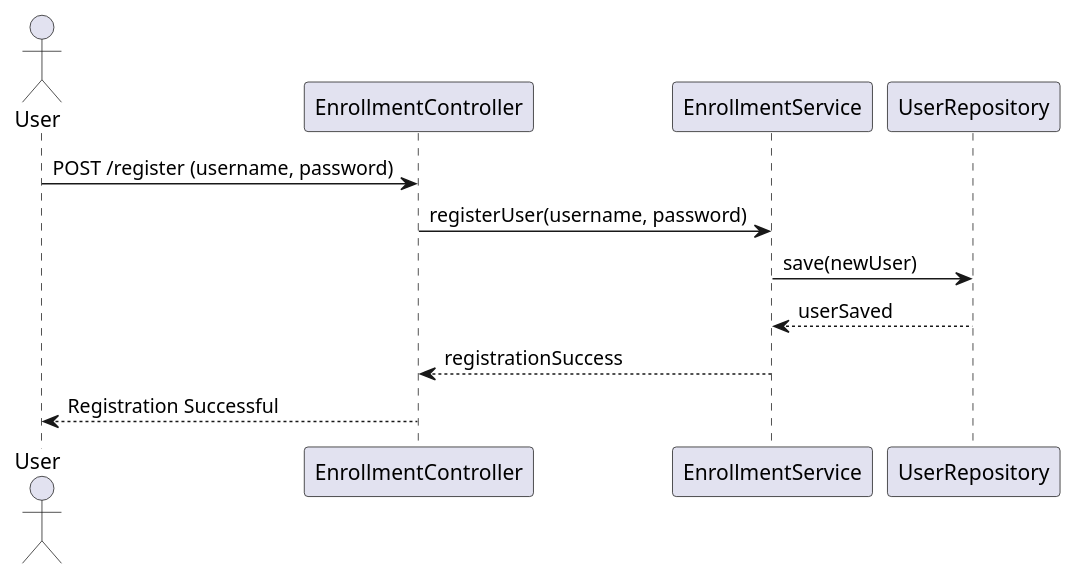
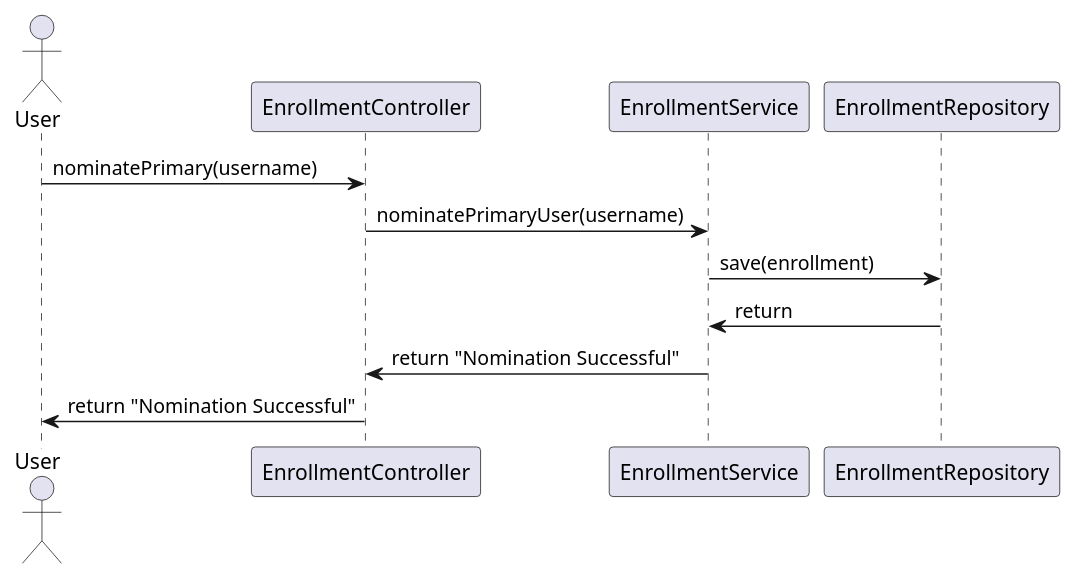
Before and after one commit to Dinesh-s95/AutoDoc.ai: the first of 4 diagrams in enrollment/documentation/detaileddesign.adoc, drawn with PlantUML. The commit also changed other lines of this file and 4 other files, not shown here.

```diff
--- a/enrollment/documentation/detaileddesign.adoc
+++ b/enrollment/documentation/detaileddesign.adoc
@@ -189,12 +195,16 @@
-[plantuml, user-registration-flow, png]
+[plantuml, user-registration-sequence, png]
 ----
 @startuml
-actor User
-User -> EnrollmentController: POST /register (username, password)
-EnrollmentController -> EnrollmentService: registerUser(username, password)
-EnrollmentService -> UserRepository: save(newUser)
-UserRepository --> EnrollmentService: userSaved
-EnrollmentService --> EnrollmentController: registrationSuccess
-EnrollmentController --> User: Registration Successful
+actor "User" as user
+participant "EnrollmentController" as controller
+participant "EnrollmentService" as service
+participant "EnrollmentRepository" as repo
+
+user -> controller : nominatePrimary(username)
+controller -> service : nominatePrimaryUser(username)
+service -> repo : save(enrollment)
+repo -> service : return
+service -> controller : return "Nomination Successful"
+controller -> user : return "Nomination Successful"
 @enduml
 ----
```
